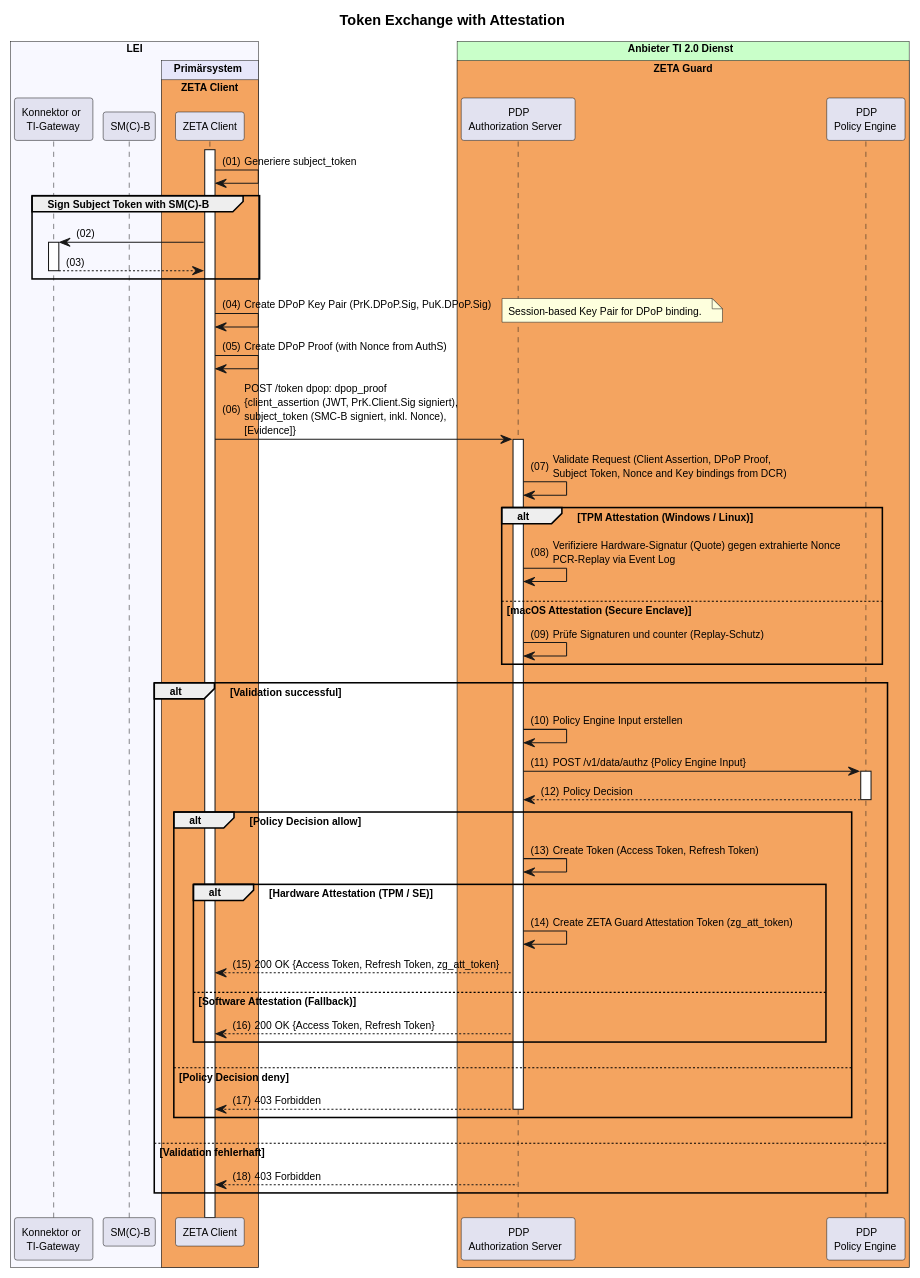
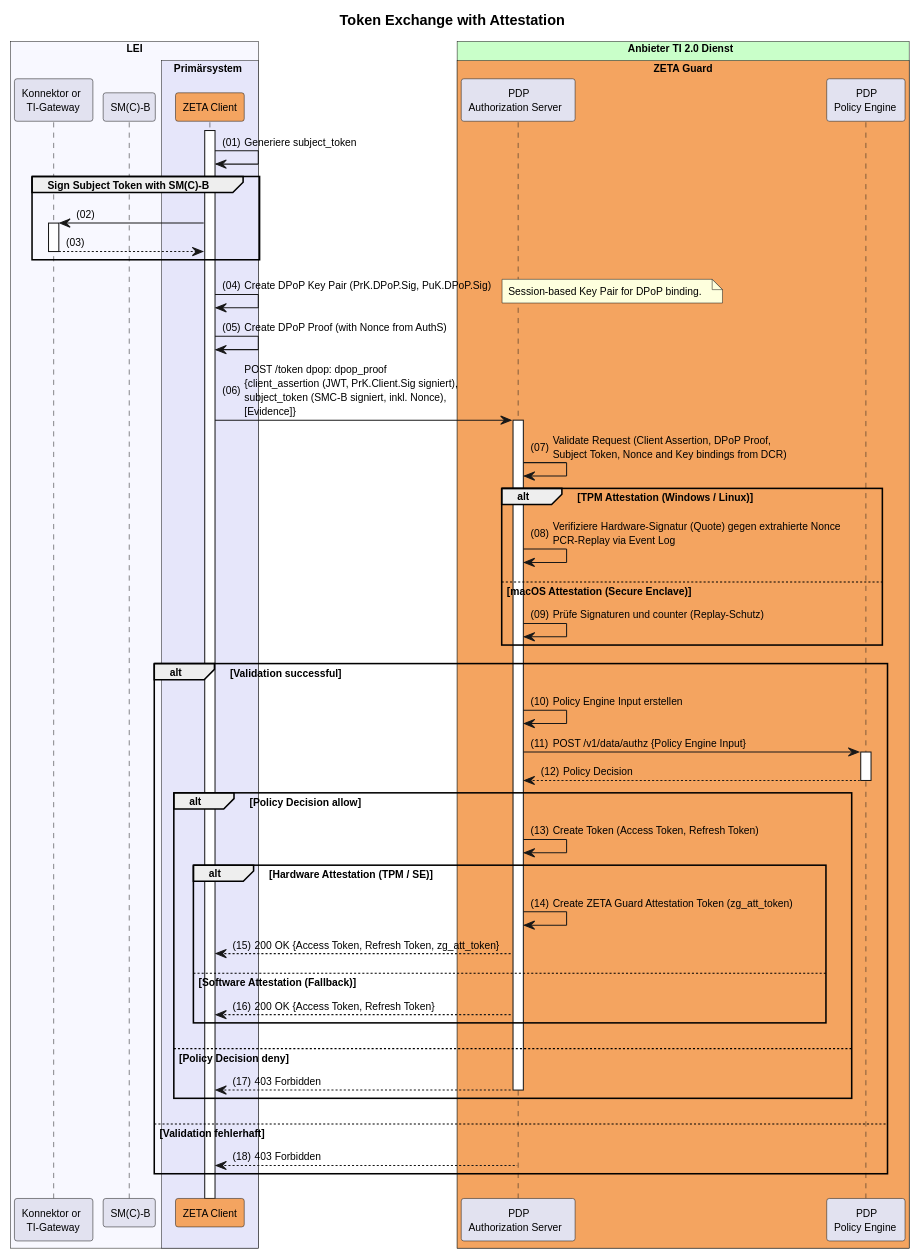
One commit to gematik/zeta changed the diagram in src/plantuml/tmp/attestation-flows/token-exchange-with-attestation.puml. Above: the diagram before and after it, drawn with PlantUML. The commit also changed 6 other files, not shown here.

Commit message:
refactor: simplify PlantUML participant styling by removing redundant nested boxes

```diff
--- a/src/plantuml/tmp/attestation-flows/token-exchange-with-attestation.puml
+++ b/src/plantuml/tmp/attestation-flows/token-exchange-with-attestation.puml
@@ -1,72 +1,70 @@
 @startuml "token-exchange-with-attestation"
 autonumber "(00)"
 skinparam defaultFontSize 10
 skinparam defaultFontName Helvetica
 skinparam DefaultMonospacedFontName Courier
 skinparam lengthAdjust none
 skinparam sequenceReferenceBackgroundColor White
 skinparam SequenceReferenceFontSize 12
 skinparam sequenceMessageAlign left
 
 title Token Exchange with Attestation
 
 !pragma teoz true
 
 box "LEI" #GhostWhite
   participant Konnektor as "Konnektor or\nTI-Gateway"
   participant SMB as "SM(C)-B"
   box "Primärsystem" #Lavender
-    box "ZETA Client" #SandyBrown
-        participant Client as "ZETA Client"
-    end box    
+    participant Client as "ZETA Client" #SandyBrown
   end box
 end box
 
 box "Anbieter TI 2.0 Dienst" #TECHNOLOGY
   box "ZETA Guard" #SandyBrown
     participant AuthS as "PDP\nAuthorization Server" 
     participant OPA as "PDP\nPolicy Engine"
   end box
 end box
 
 Client++
 Client -> Client: Generiere subject_token
 
 group Sign Subject Token with SM(C)-B
     Client -> Konnektor ++
     Konnektor --> Client -- : 
 end
 
 Client -> Client : Create DPoP Key Pair (PrK.DPoP.Sig, PuK.DPoP.Sig)
 note right: Session-based Key Pair for DPoP binding.
 
 Client -> Client : Create DPoP Proof (with Nonce from AuthS)
 Client -> AuthS++: POST /token dpop: dpop_proof\n{client_assertion (JWT, PrK.Client.Sig signiert),\nsubject_token (SMC-B signiert, inkl. Nonce),\n[Evidence]}
 
 AuthS -> AuthS: Validate Request (Client Assertion, DPoP Proof,\nSubject Token, Nonce and Key bindings from DCR)        
 alt TPM Attestation (Windows / Linux)
     AuthS -> AuthS: Verifiziere Hardware-Signatur (Quote) gegen extrahierte Nonce\nPCR-Replay via Event Log
 else macOS Attestation (Secure Enclave)
     AuthS -> AuthS: Prüfe Signaturen und counter (Replay-Schutz)
 end
 alt Validation successful
     AuthS -> AuthS: Policy Engine Input erstellen
     AuthS -> OPA++: POST /v1/data/authz {Policy Engine Input}
     OPA --> AuthS--: Policy Decision
 
     alt Policy Decision allow
         AuthS -> AuthS: Create Token (Access Token, Refresh Token)
         alt Hardware Attestation  (TPM / SE)
             AuthS -> AuthS: Create ZETA Guard Attestation Token (zg_att_token)
             AuthS --> Client: 200 OK {Access Token, Refresh Token, zg_att_token}
         else Software Attestation (Fallback)
             AuthS --> Client: 200 OK {Access Token, Refresh Token}
         end
     else Policy Decision deny
         AuthS --> Client--: 403 Forbidden
     end
 else Validation fehlerhaft
     AuthS --> Client--: 403 Forbidden
 end
 
 @enduml
```
